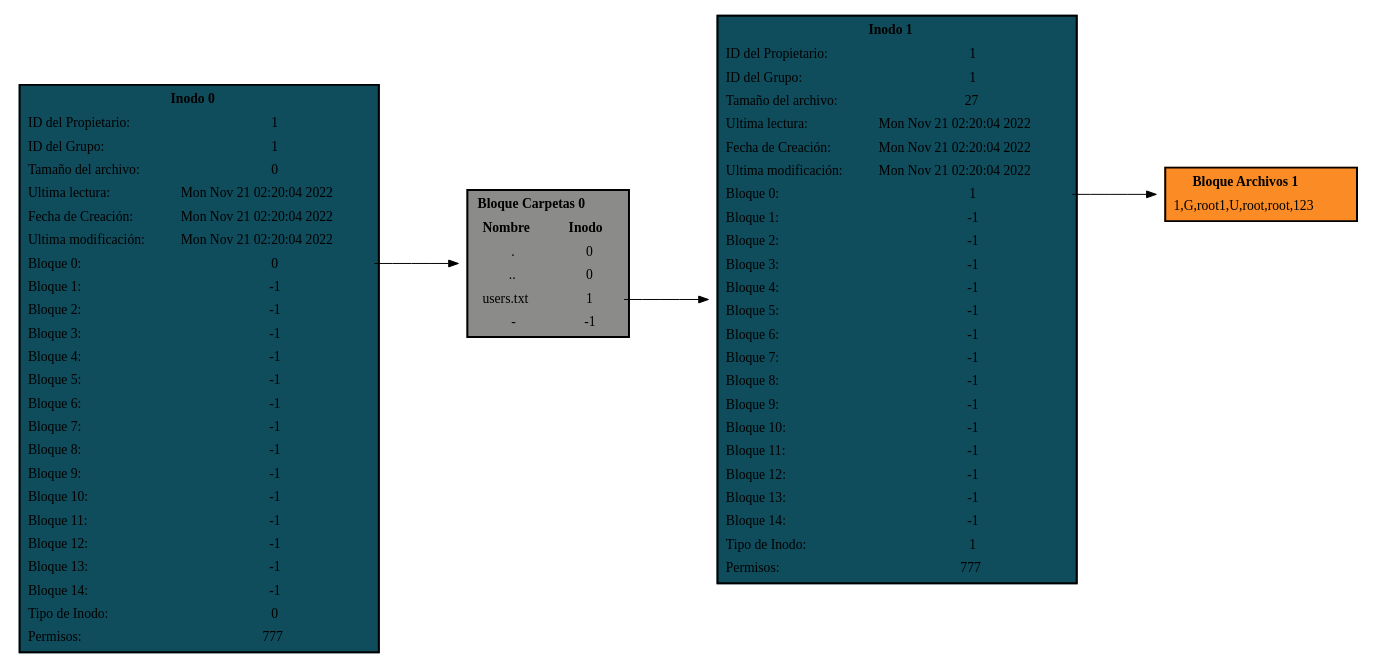
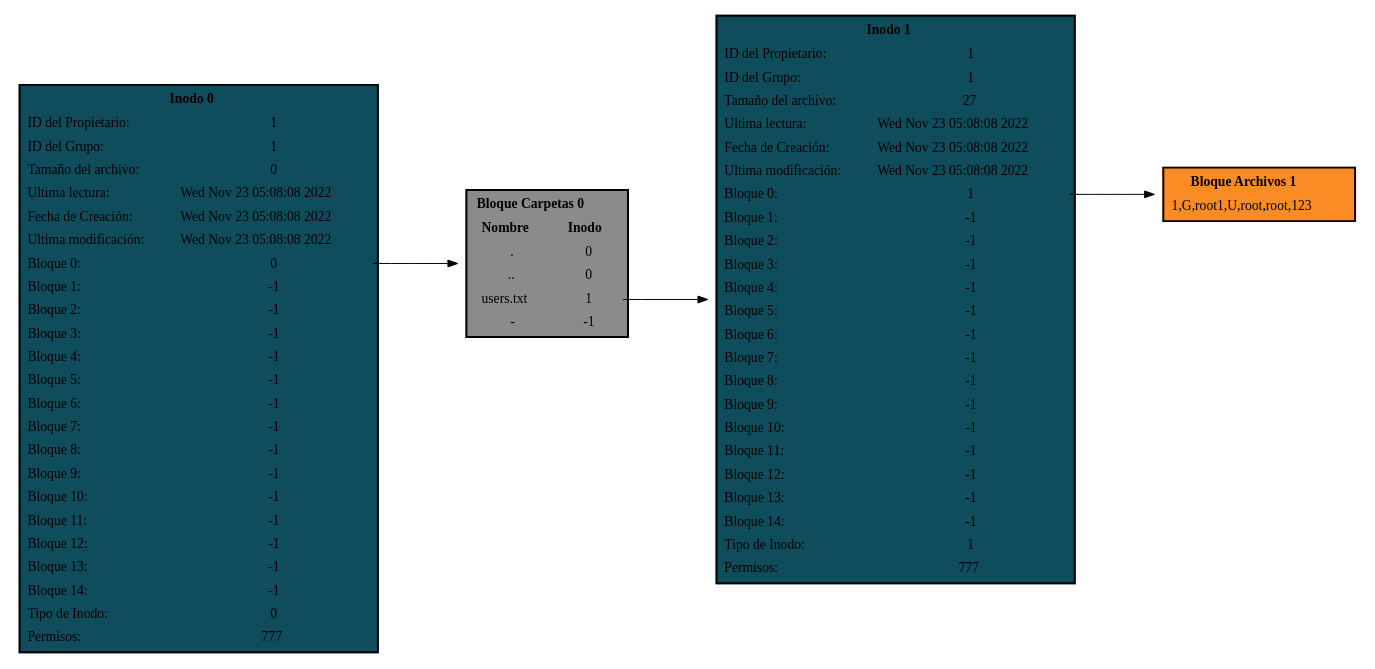
The diagram in grafo.dot (JJONK19/-MIA-P1_201909035), drawn with Graphviz before and after one commit. The commit also changed 11 other files, not shown here.

```diff
--- a/grafo.dot
+++ b/grafo.dot
@@ -1,26 +1,26 @@
 digraph G { 
  rankdir = LR; node[shape = plaintext];
 INODO0[ label = <<TABLE BORDER='2' CELLBORDER='0' CELLSPACING='5' BGCOLOR='#0f4c5c'>
 <TR><TD colspan ='2' ><b>Inodo 0</b></TD></TR>
-<TR><TD Align='left'>ID del Propietario:</TD><TD>1</TD></TR><TR><TD Align='left'>ID del Grupo:</TD><TD>1</TD></TR><TR><TD Align='left'>Tamaño del archivo:</TD><TD>0</TD></TR><TR><TD Align='left'>Ultima lectura:</TD><TD>Mon Nov 21 02:20:04 2022
-</TD></TR><TR><TD Align='left'>Fecha de Creación:</TD><TD>Mon Nov 21 02:20:04 2022
-</TD></TR><TR><TD Align='left'>Ultima modificación:</TD><TD>Mon Nov 21 02:20:04 2022
+<TR><TD Align='left'>ID del Propietario:</TD><TD>1</TD></TR><TR><TD Align='left'>ID del Grupo:</TD><TD>1</TD></TR><TR><TD Align='left'>Tamaño del archivo:</TD><TD>0</TD></TR><TR><TD Align='left'>Ultima lectura:</TD><TD>Wed Nov 23 05:08:08 2022
+</TD></TR><TR><TD Align='left'>Fecha de Creación:</TD><TD>Wed Nov 23 05:08:08 2022
+</TD></TR><TR><TD Align='left'>Ultima modificación:</TD><TD>Wed Nov 23 05:08:08 2022
 </TD></TR><TR><TD Align='left'>Bloque 0:</TD><TD PORT='P0'>0</TD></TR><TR><TD Align='left'>Bloque 1:</TD><TD PORT='P1'>-1</TD></TR><TR><TD Align='left'>Bloque 2:</TD><TD PORT='P2'>-1</TD></TR><TR><TD Align='left'>Bloque 3:</TD><TD PORT='P3'>-1</TD></TR><TR><TD Align='left'>Bloque 4:</TD><TD PORT='P4'>-1</TD></TR><TR><TD Align='left'>Bloque 5:</TD><TD PORT='P5'>-1</TD></TR><TR><TD Align='left'>Bloque 6:</TD><TD PORT='P6'>-1</TD></TR><TR><TD Align='left'>Bloque 7:</TD><TD PORT='P7'>-1</TD></TR><TR><TD Align='left'>Bloque 8:</TD><TD PORT='P8'>-1</TD></TR><TR><TD Align='left'>Bloque 9:</TD><TD PORT='P9'>-1</TD></TR><TR><TD Align='left'>Bloque 10:</TD><TD PORT='P10'>-1</TD></TR><TR><TD Align='left'>Bloque 11:</TD><TD PORT='P11'>-1</TD></TR><TR><TD Align='left'>Bloque 12:</TD><TD PORT='P12'>-1</TD></TR><TR><TD Align='left'>Bloque 13:</TD><TD PORT='P13'>-1</TD></TR><TR><TD Align='left'>Bloque 14:</TD><TD PORT='P14'>-1</TD></TR><TR><TD Align='left'>Tipo de Inodo:</TD><TD>0</TD></TR><TR><TD Align='left'>Permisos:</TD><TD>777</TD></TR></TABLE>>];
 BLOQUE0[ label = <<TABLE BORDER='2' CELLBORDER='0' CELLSPACING='5' BGCOLOR='#8b8c89'>
 <TR><TD colspan ='2' ><b>Bloque Carpetas 0</b></TD></TR>
 <TR><TD><b>Nombre</b></TD><TD><b>Inodo</b></TD></TR><TR><TD>.</TD><TD PORT='P0'>0</TD></TR><TR><TD>..</TD><TD PORT='P1'>0</TD></TR><TR><TD>users.txt</TD><TD PORT='P2'>1</TD></TR><TR><TD>-</TD><TD PORT='P3'>-1</TD></TR></TABLE>>];
 INODO0:P0->BLOQUE0[minlen = 2];
 INODO1[ label = <<TABLE BORDER='2' CELLBORDER='0' CELLSPACING='5' BGCOLOR='#0f4c5c'>
 <TR><TD colspan ='2' ><b>Inodo 1</b></TD></TR>
-<TR><TD Align='left'>ID del Propietario:</TD><TD>1</TD></TR><TR><TD Align='left'>ID del Grupo:</TD><TD>1</TD></TR><TR><TD Align='left'>Tamaño del archivo:</TD><TD>27</TD></TR><TR><TD Align='left'>Ultima lectura:</TD><TD>Mon Nov 21 02:20:04 2022
-</TD></TR><TR><TD Align='left'>Fecha de Creación:</TD><TD>Mon Nov 21 02:20:04 2022
-</TD></TR><TR><TD Align='left'>Ultima modificación:</TD><TD>Mon Nov 21 02:20:04 2022
+<TR><TD Align='left'>ID del Propietario:</TD><TD>1</TD></TR><TR><TD Align='left'>ID del Grupo:</TD><TD>1</TD></TR><TR><TD Align='left'>Tamaño del archivo:</TD><TD>27</TD></TR><TR><TD Align='left'>Ultima lectura:</TD><TD>Wed Nov 23 05:08:08 2022
+</TD></TR><TR><TD Align='left'>Fecha de Creación:</TD><TD>Wed Nov 23 05:08:08 2022
+</TD></TR><TR><TD Align='left'>Ultima modificación:</TD><TD>Wed Nov 23 05:08:08 2022
 </TD></TR><TR><TD Align='left'>Bloque 0:</TD><TD PORT='P0'>1</TD></TR><TR><TD Align='left'>Bloque 1:</TD><TD PORT='P1'>-1</TD></TR><TR><TD Align='left'>Bloque 2:</TD><TD PORT='P2'>-1</TD></TR><TR><TD Align='left'>Bloque 3:</TD><TD PORT='P3'>-1</TD></TR><TR><TD Align='left'>Bloque 4:</TD><TD PORT='P4'>-1</TD></TR><TR><TD Align='left'>Bloque 5:</TD><TD PORT='P5'>-1</TD></TR><TR><TD Align='left'>Bloque 6:</TD><TD PORT='P6'>-1</TD></TR><TR><TD Align='left'>Bloque 7:</TD><TD PORT='P7'>-1</TD></TR><TR><TD Align='left'>Bloque 8:</TD><TD PORT='P8'>-1</TD></TR><TR><TD Align='left'>Bloque 9:</TD><TD PORT='P9'>-1</TD></TR><TR><TD Align='left'>Bloque 10:</TD><TD PORT='P10'>-1</TD></TR><TR><TD Align='left'>Bloque 11:</TD><TD PORT='P11'>-1</TD></TR><TR><TD Align='left'>Bloque 12:</TD><TD PORT='P12'>-1</TD></TR><TR><TD Align='left'>Bloque 13:</TD><TD PORT='P13'>-1</TD></TR><TR><TD Align='left'>Bloque 14:</TD><TD PORT='P14'>-1</TD></TR><TR><TD Align='left'>Tipo de Inodo:</TD><TD>1</TD></TR><TR><TD Align='left'>Permisos:</TD><TD>777</TD></TR></TABLE>>];
 BLOQUE0:P2->INODO1[minlen = 2];
 BLOQUE1[ label = <<TABLE BORDER='2' CELLBORDER='0' CELLSPACING='5' BGCOLOR='#fb8b24'>
 <TR><TD><b>Bloque Archivos 1</b></TD></TR>
 <TR><TD>1,G,root
 1,U,root,root,123
 </TD></TR></TABLE>>];
 INODO1:P0->BLOQUE1[minlen = 2];
 }
```
